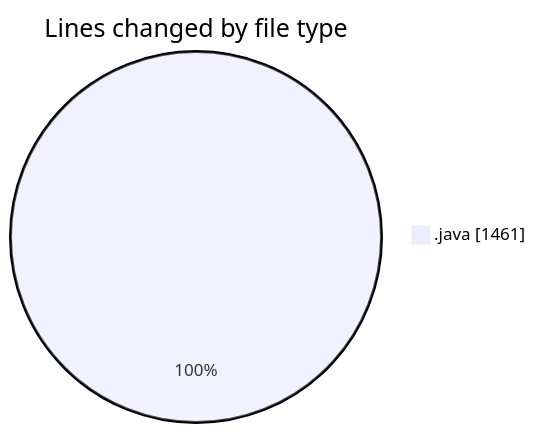
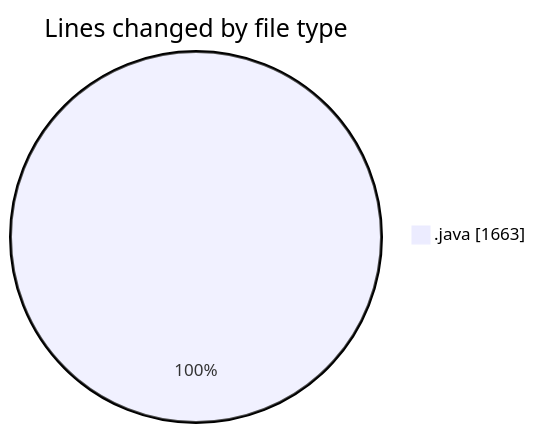
Before and after one commit to ricardozamudiocil/code-tracking: the first of 2 diagrams in 2026-07-21/cilreports__workspace_/README.md, drawn with Mermaid. The commit also changed other lines of this file and 1 other file, not shown here.

````diff
--- a/2026-07-21/cilreports__workspace_/README.md
+++ b/2026-07-21/cilreports__workspace_/README.md
@@ -22,5 +23,5 @@
 ```mermaid
 pie showData
 title Lines changed by file type
-".java" : 1461
+".java" : 1663
 ```
````
